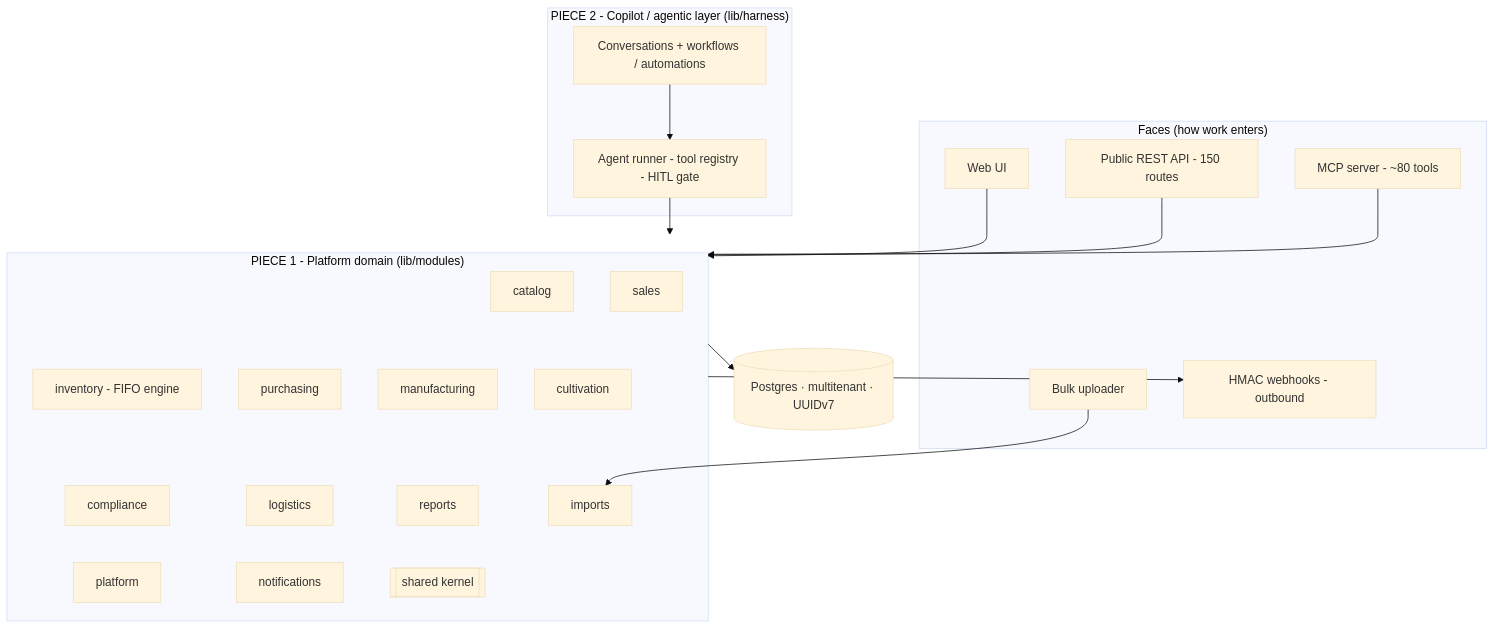
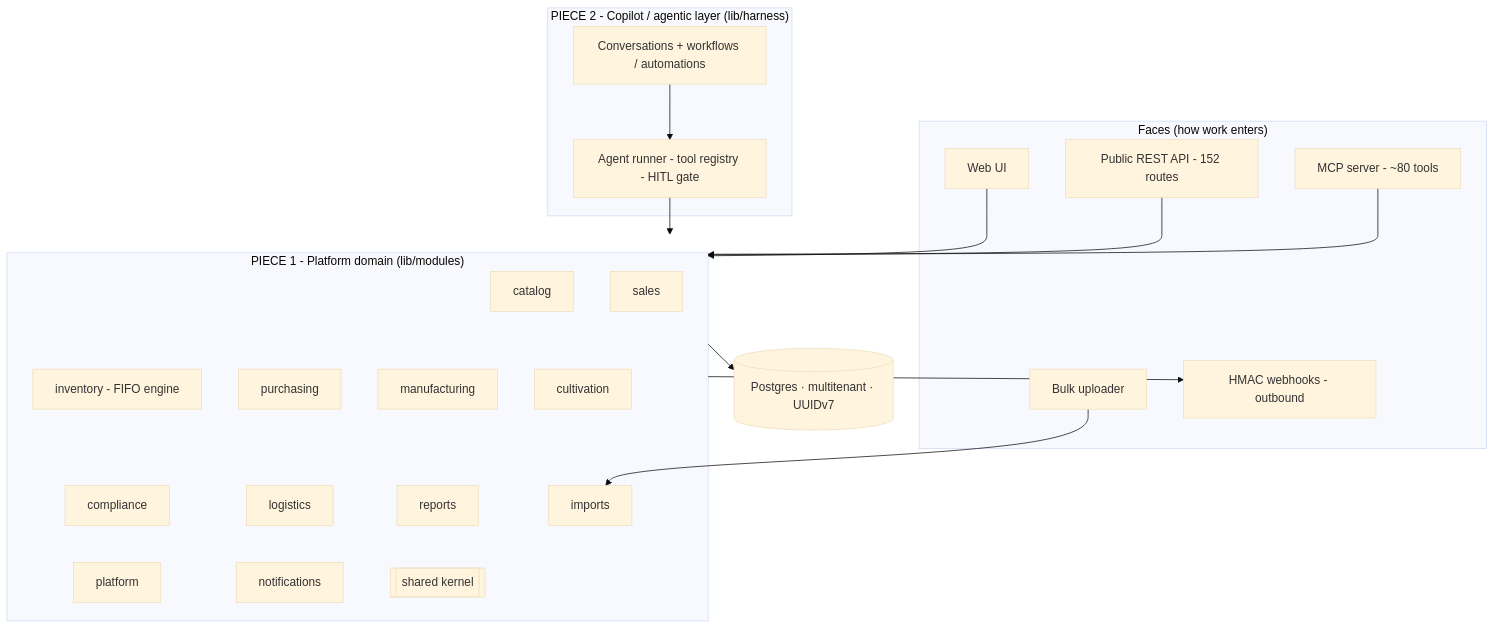
The diagram in docs/architecture/architecture.md (syntaqx/distru), drawn with Mermaid (base theme) before and after one commit. The commit also changed other lines of this file and 246 other files, not shown here.

````diff
--- a/docs/architecture/architecture.md
+++ b/docs/architecture/architecture.md
@@ -15,49 +15,49 @@
 ```mermaid
 flowchart TB
   subgraph Faces ["Faces (how work enters)"]
     UI[Web UI]
-    REST[Public REST API - 150 routes]
+    REST[Public REST API - 152 routes]
     MCP[MCP server - ~80 tools]
     Bulk[Bulk uploader]
     Hooks[HMAC webhooks - outbound]
   end
   subgraph P2 ["PIECE 2 - Copilot / agentic layer (lib/harness)"]
     Runner[Agent runner - tool registry - HITL gate]
     Conv[Conversations + workflows / automations]
   end
   subgraph P1 ["PIECE 1 - Platform domain (lib/modules)"]
     Sales[sales]
     Inv[inventory - FIFO engine]
     Cat[catalog]
     Purch[purchasing]
     Mfg[manufacturing]
     Comp[compliance]
     Cult[cultivation]
     Log[logistics]
     Rep[reports]
     Plat[platform]
     Imp[imports]
     Notif[notifications]
     Kernel[[shared kernel]]
     %% Invisible links arrange the modules into a compact grid (rows of ~4-5)
     %% instead of one very wide row.
     Sales ~~~ Mfg
     Inv ~~~ Comp
     Cat ~~~ Cult
     Purch ~~~ Log
     Mfg ~~~ Rep
     Comp ~~~ Plat
     Cult ~~~ Imp
     Log ~~~ Notif
     Rep ~~~ Kernel
   end
   DB[(Postgres · multitenant · UUIDv7)]
   UI --> P1
   REST --> P1
   MCP --> P1
   Bulk --> Imp
   Conv --> Runner
   Runner --> P1
   P1 --> Hooks
   P1 --> DB
 ```
````
